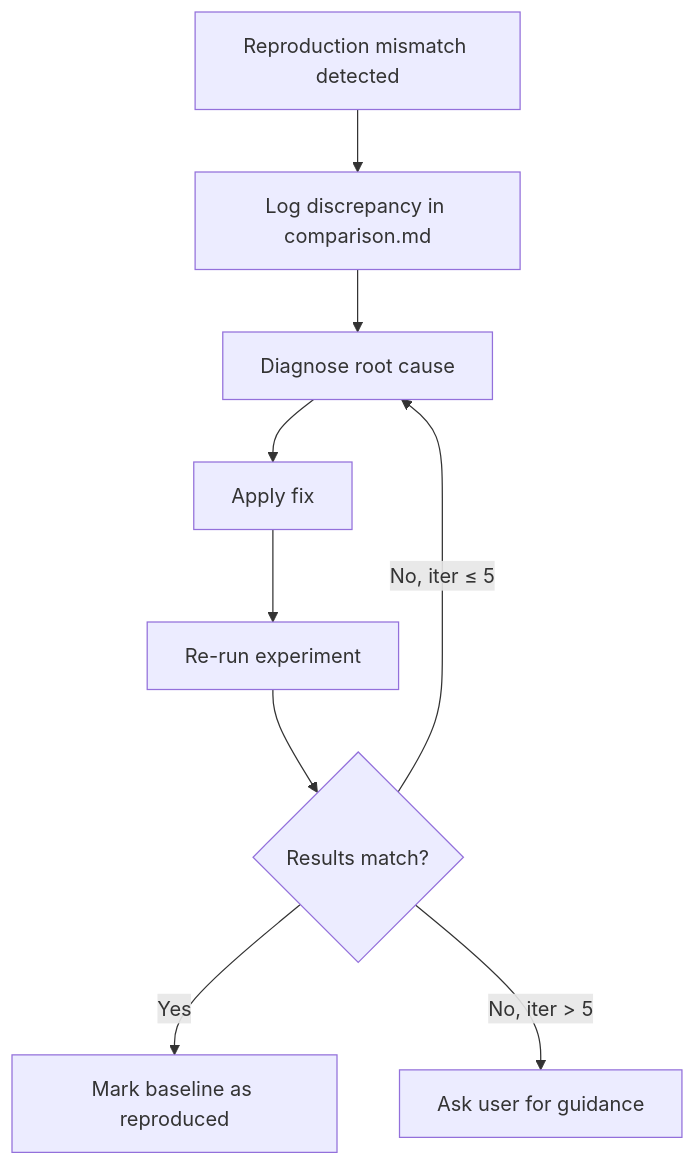
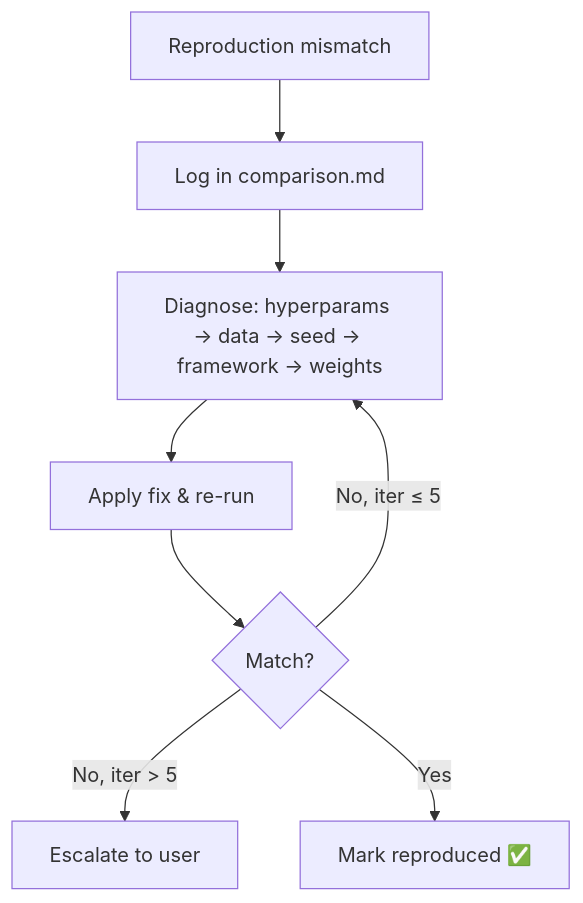
The second of 3 diagrams in .claude/skills/paperclaw-experiment-AI/SKILL.md (Paper-Claw/PaperClaw), drawn with Mermaid before and after one commit. The commit also changed other lines of this file and 2 other files, not shown here.

````diff
--- a/.claude/skills/paperclaw-experiment-AI/SKILL.md
+++ b/.claude/skills/paperclaw-experiment-AI/SKILL.md
@@ -650,11 +438,10 @@
 ```mermaid
 flowchart TD
-    A["Reproduction mismatch detected"] --> B["Log discrepancy in comparison.md"]
-    B --> C["Diagnose root cause"]
-    C --> D["Apply fix"]
-    D --> E["Re-run experiment"]
-    E --> F{"Results match?"}
-    F -->|Yes| G["Mark baseline as reproduced"]
-    F -->|"No, iter ≤ 5"| C
-    F -->|"No, iter > 5"| H["Ask user for guidance"]
+    A["Reproduction mismatch"] --> B["Log in comparison.md"]
+    B --> C["Diagnose: hyperparams → data → seed → framework → weights"]
+    C --> D["Apply fix & re-run"]
+    D --> E{"Match?"}
+    E -->|"No, iter ≤ 5"| C
+    E -->|"No, iter > 5"| F["Escalate to user"]
+    E -->|Yes| G["Mark reproduced ✅"]
 ```
````
